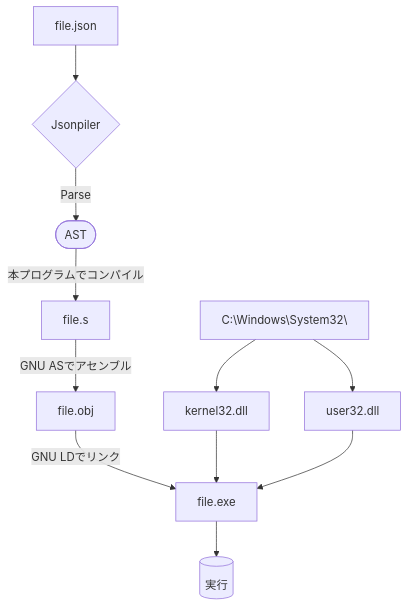
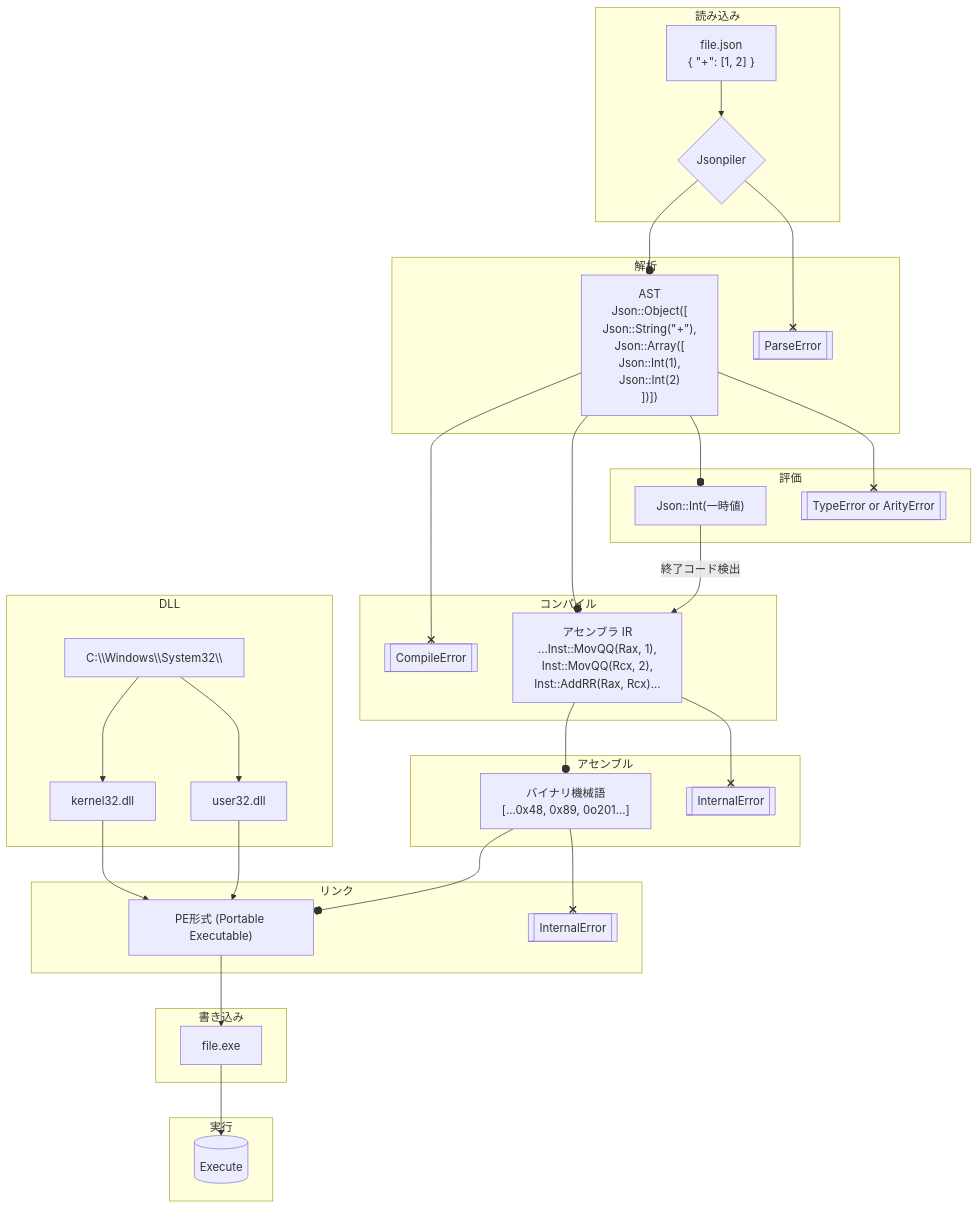
The diagram in README-ja.md (HAL-G1THuB/jsonpiler), drawn with Mermaid before and after one commit. The commit also changed other lines of this file and 37 other files, not shown here.

````diff
--- a/README-ja.md
+++ b/README-ja.md
@@ -110,11 +116,49 @@
 ```mermaid
 graph TD
-  A[file.json] --> B{Jsonpiler}
-  B -->|Parse| C([AST])
-  C -->|本プログラムでコンパイル| D[file.s]
-  D --> |GNU ASでアセンブル| E[file.obj]
-  E --> |GNU LDでリンク| F[file.exe]
-  S[C:\Windows\System32\] --> KERNEL32[kernel32.dll] --> F
-  S --> USER32[user32.dll] --> F
-  F --> Exec[(実行)]
+  subgraph 読み込み
+    A["file.json\n{ &quot;+&quot;: [1, 2] }"] --> B{Jsonpiler}
+  end
+  subgraph 解析
+    B --o C["AST\nJson::Object([
+      Json::String(&quot;+&quot;),
+      Json::Array([
+        Json::Int(1),
+        Json::Int(2)
+      ])])"]
+    B --x PError[[ParseError]]
+  end
+  subgraph コンパイル
+    C --x CError[[CompileError]]
+    C --o E["アセンブラ IR
+    ...Inst::MovQQ(Rax, 1),
+    Inst::MovQQ(Rcx, 2),
+    Inst::AddRR(Rax, Rcx)..."]
+  end
+  subgraph 評価
+    C --o D["Json::Int(一時値)"]
+    C --x EError[[TypeError or ArityError]]
+    D -->|終了コード検出| E
+  end
+  subgraph アセンブル
+    E --o G["バイナリ機械語
+    [...0x48, 0x89, 0o201...]"]
+    E --x AError[[InternalError]]
+  end
+  subgraph リンク
+    G --o F["PE形式 (Portable Executable)"]
+    G --x LError[[InternalError]]
+  end
+  subgraph 書き込み
+    F --> H[file.exe]
+  end
+  subgraph 実行
+    H --> Exec[(Execute)]
+  end
+  subgraph DLL
+    S[C:\\Windows\\System32\\]
+    KERNEL32[kernel32.dll]
+    USER32[user32.dll]
+    S --> KERNEL32 --> F
+    S --> USER32 --> F
+  end
 ```
````
